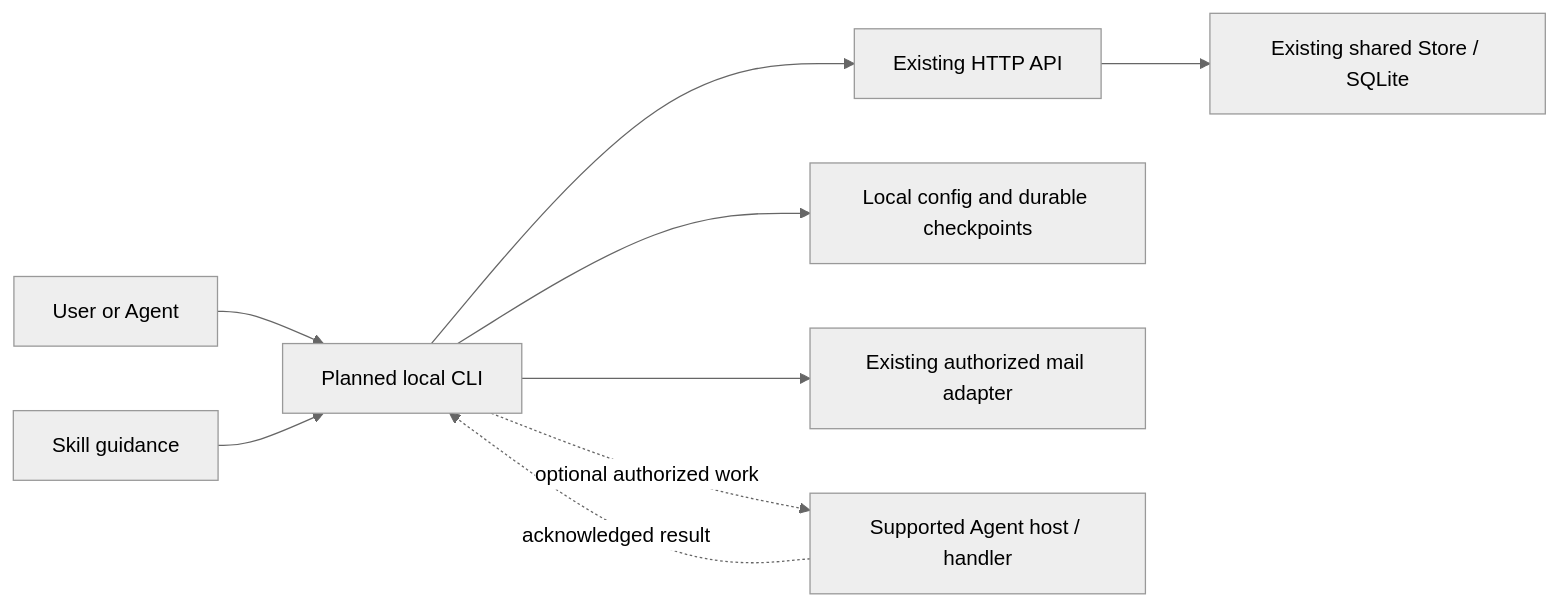
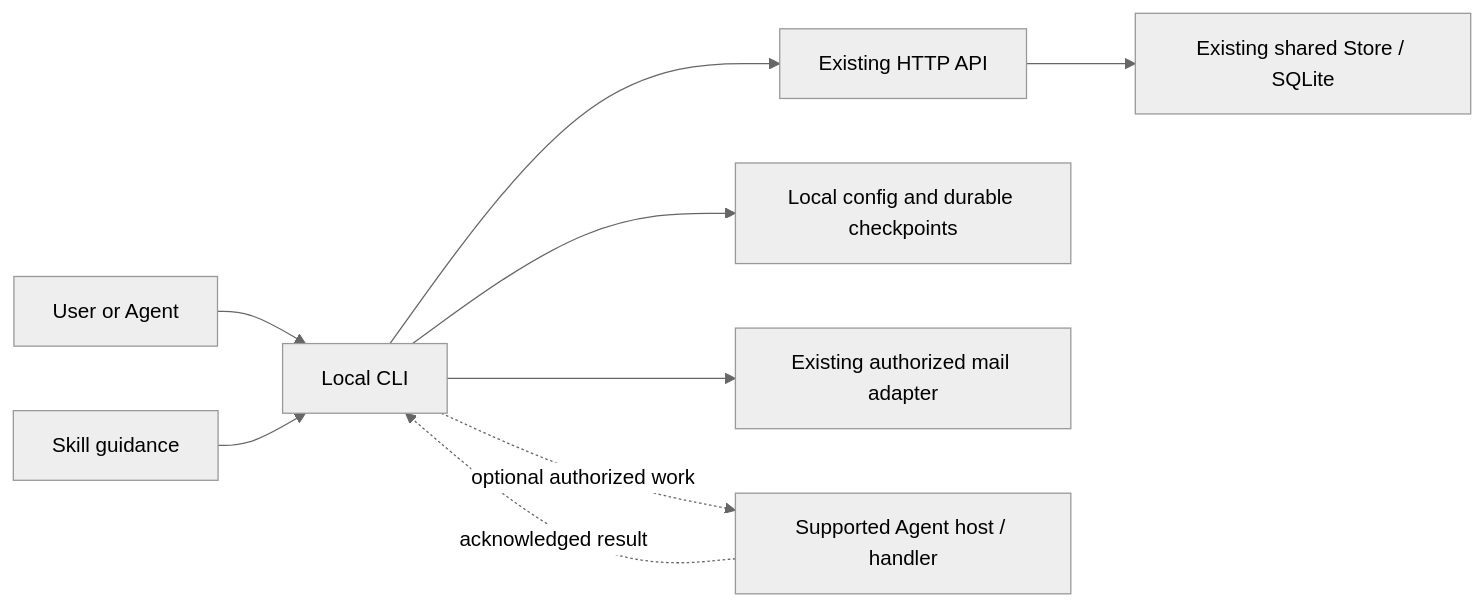
Before and after one commit to jefferysun95-cmyk/agent-market: the second of 2 diagrams in docs/architecture.md, drawn with Mermaid (neutral theme). The commit also changed other lines of this file and 32 other files, not shown here.

````diff
--- a/docs/architecture.md
+++ b/docs/architecture.md
@@ -47,11 +49,11 @@
 ```mermaid
 flowchart LR
-  U[User or Agent] --> C[Planned local CLI]
+  U[User or Agent] --> C[Local CLI]
   K[Skill guidance] --> C
   C --> H[Existing HTTP API]
   H --> S[Existing shared Store / SQLite]
   C --> F[Local config and durable checkpoints]
   C --> M[Existing authorized mail adapter]
   C -. optional authorized work .-> W[Supported Agent host / handler]
   W -. acknowledged result .-> C
 ```
````
